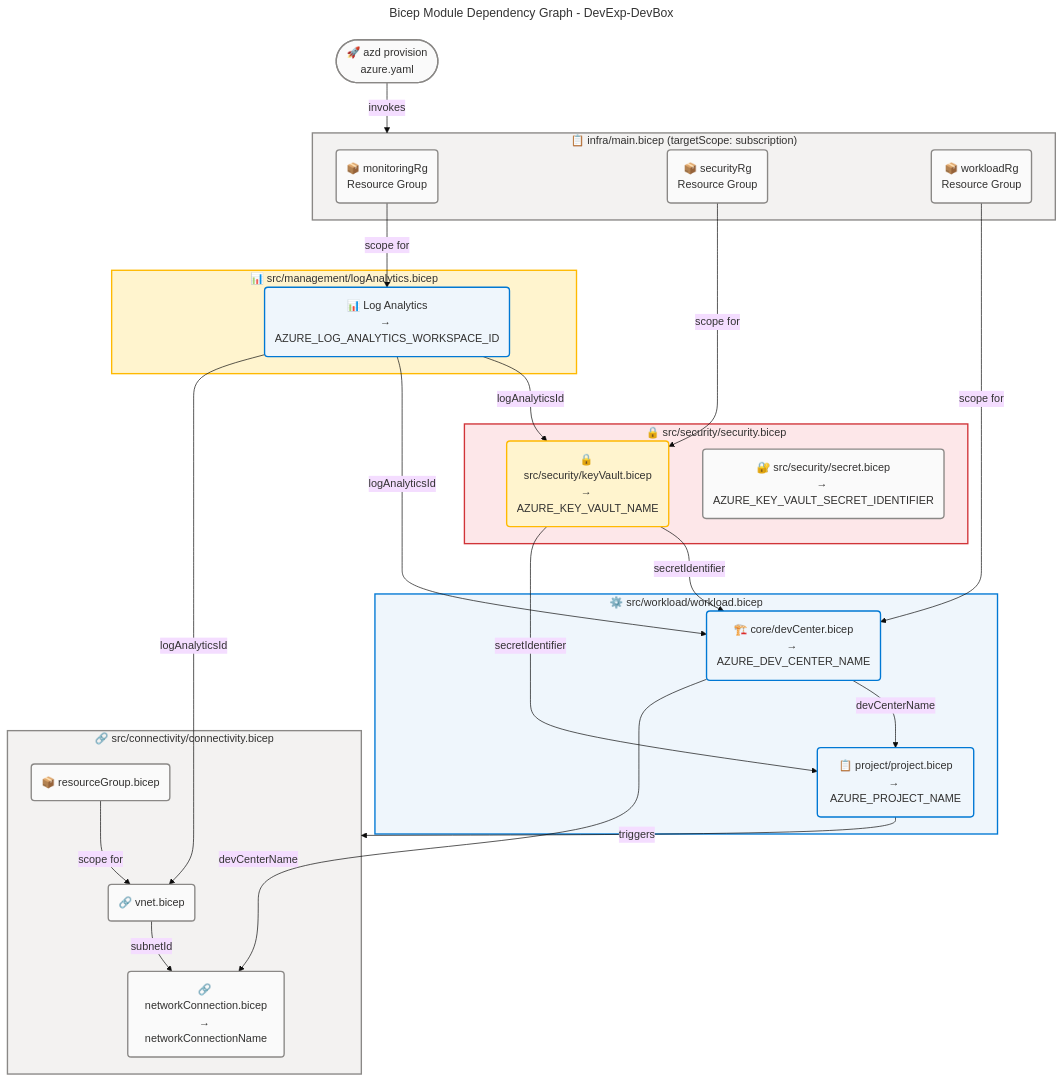
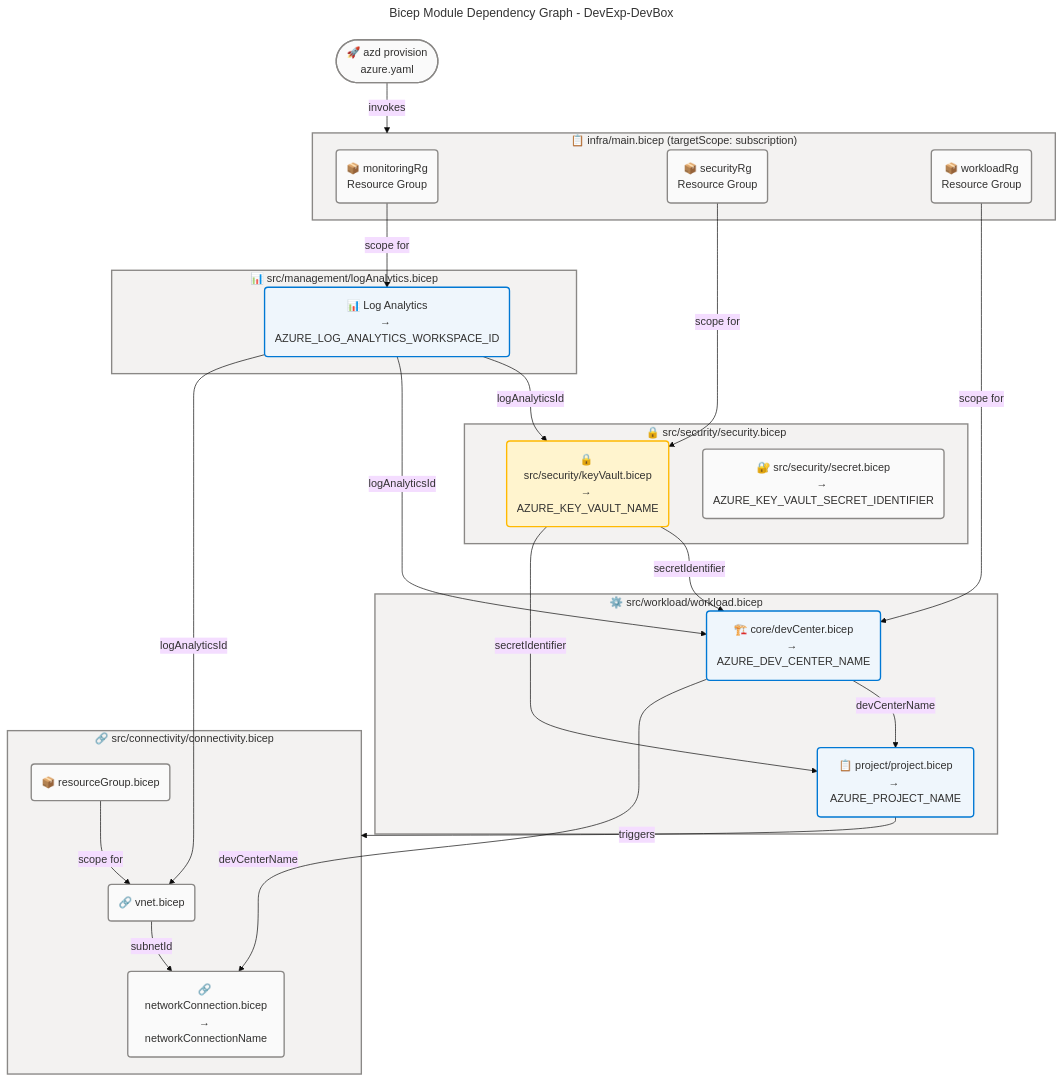
Before and after one commit to Evilazaro/DevExp-DevBox: the sixth of 6 diagrams in docs/architecture/technology-architecture.md, drawn with Mermaid. The commit also changed other lines of this file and 2 other files, not shown here.

Commit message:
refactor: Update Mermaid diagram styles for improved visual consistency across architecture documents

````diff
--- a/docs/architecture/technology-architecture.md
+++ b/docs/architecture/technology-architecture.md
@@ -1181,81 +1181,81 @@
 ```mermaid
 ---
 title: Bicep Module Dependency Graph - DevExp-DevBox
 config:
   theme: base
   look: classic
   layout: dagre
   themeVariables:
     fontSize: '16px'
   flowchart:
     htmlLabels: true
 ---
 flowchart TB
     accTitle: Bicep Module Dependency Graph - DevExp-DevBox
     accDescr: Directed acyclic graph showing all Bicep module dependencies and the data outputs passed between them during azd provision execution
 
     %% ═══════════════════════════════════════════════════════════════════════════
     %% AZURE / FLUENT ARCHITECTURE PATTERN v1.1
     %% (Semantic + Structural + Font + Accessibility Governance)
     %% ═══════════════════════════════════════════════════════════════════════════
     %% PHASE 1 - FLUENT UI: All styling uses approved Fluent UI palette only
     %% PHASE 2 - GROUPS: Every subgraph has semantic color via style directive
     %% PHASE 3 - COMPONENTS: Every node has semantic classDef + icon prefix
     %% PHASE 4 - ACCESSIBILITY: accTitle/accDescr present, WCAG AA contrast
     %% PHASE 5 - STANDARD: Governance block present, classDefs centralized
     %% ═══════════════════════════════════════════════════════════════════════════
 
     AZD(["🚀 azd provision<br/>azure.yaml"]):::neutral
 
     subgraph EntryPoint["📋 infra/main.bicep (targetScope: subscription)"]
         RG_MON("📦 monitoringRg<br/>Resource Group"):::neutral
         RG_SEC("📦 securityRg<br/>Resource Group"):::neutral
         RG_WL("📦 workloadRg<br/>Resource Group"):::neutral
     end
 
     subgraph MonitoringMod["📊 src/management/logAnalytics.bicep"]
         LA("📊 Log Analytics<br/>→ AZURE_LOG_ANALYTICS_WORKSPACE_ID"):::core
     end
 
     subgraph SecurityMod["🔒 src/security/security.bicep"]
         KV("🔒 src/security/keyVault.bicep<br/>→ AZURE_KEY_VAULT_NAME"):::warning
         SEC("🔐 src/security/secret.bicep<br/>→ AZURE_KEY_VAULT_SECRET_IDENTIFIER"):::neutral
     end
 
     subgraph WorkloadMod["⚙️ src/workload/workload.bicep"]
         DC("🏗️ core/devCenter.bicep<br/>→ AZURE_DEV_CENTER_NAME"):::core
         Proj("📋 project/project.bicep<br/>→ AZURE_PROJECT_NAME"):::core
     end
 
     subgraph ConnMod["🔗 src/connectivity/connectivity.bicep"]
         VNet("🔗 vnet.bicep"):::neutral
         NetConn("🔗 networkConnection.bicep<br/>→ networkConnectionName"):::neutral
         RG_Conn("📦 resourceGroup.bicep"):::neutral
     end
 
     AZD -->|"invokes"| EntryPoint
     RG_MON -->|"scope for"| LA
     RG_SEC -->|"scope for"| KV
     RG_WL -->|"scope for"| DC
     LA -->|"logAnalyticsId"| KV
     LA -->|"logAnalyticsId"| DC
     LA -->|"logAnalyticsId"| VNet
     KV -->|"secretIdentifier"| DC
     KV -->|"secretIdentifier"| Proj
     DC -->|"devCenterName"| Proj
     DC -->|"devCenterName"| NetConn
     Proj -->|"triggers"| ConnMod
     VNet -->|"subnetId"| NetConn
     RG_Conn -->|"scope for"| VNet
 
     %% Centralized classDefs
     classDef neutral fill:#FAFAFA,stroke:#8A8886,stroke-width:2px,color:#323130
     classDef core fill:#EFF6FC,stroke:#0078D4,stroke-width:2px,color:#323130
     classDef warning fill:#FFF4CE,stroke:#FFB900,stroke-width:2px,color:#323130
 
     style EntryPoint fill:#F3F2F1,stroke:#8A8886,stroke-width:2px,color:#323130
-    style MonitoringMod fill:#FFF4CE,stroke:#FFB900,stroke-width:2px,color:#323130
-    style SecurityMod fill:#FDE7E9,stroke:#D13438,stroke-width:2px,color:#323130
-    style WorkloadMod fill:#EFF6FC,stroke:#0078D4,stroke-width:2px,color:#323130
+    style MonitoringMod fill:#F3F2F1,stroke:#8A8886,stroke-width:2px,color:#323130
+    style SecurityMod fill:#F3F2F1,stroke:#8A8886,stroke-width:2px,color:#323130
+    style WorkloadMod fill:#F3F2F1,stroke:#8A8886,stroke-width:2px,color:#323130
     style ConnMod fill:#F3F2F1,stroke:#8A8886,stroke-width:2px,color:#323130
 ```
````
